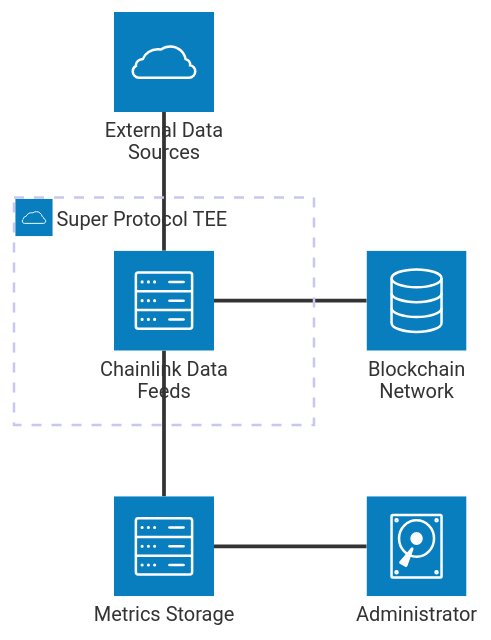
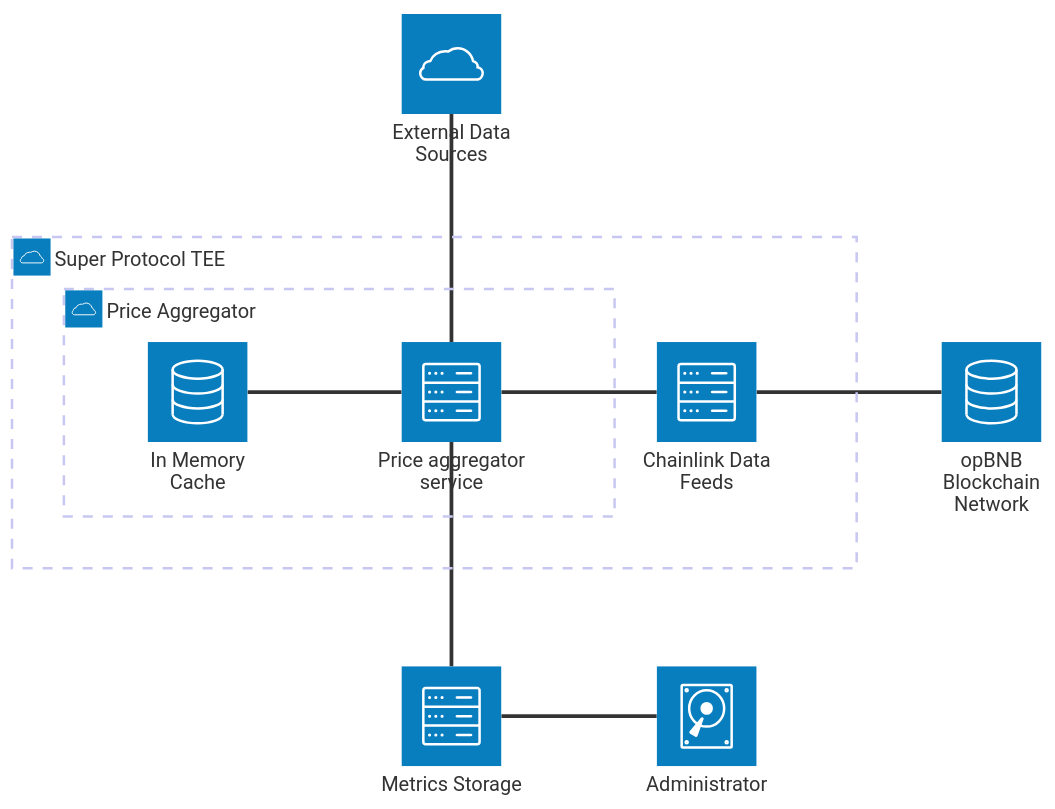
One commit to Super-Protocol/chainlink changed the diagram in docs/charts/01-system-context.mmd. Above: the diagram before and after it, drawn with Mermaid. The commit also changed 11 other files, not shown here.

```diff
--- a/docs/charts/01-system-context.mmd
+++ b/docs/charts/01-system-context.mmd
@@ -1,13 +1,19 @@
 architecture-beta
-    group tee(cloud)[Super Protocol TEE]
+  group tee(cloud)[Super Protocol TEE]
 
-    service chainlink(server)[Chainlink Data Feeds] in tee
-    service blockchain(database)[Blockchain Network]
-    service datasources(cloud)[External Data Sources]
-    service prometheus(server)[Metrics Storage]
-    service admin(disk)[Administrator]
+  service chainlink(server)[Chainlink Data Feeds] in tee
+  group pa(cloud)[Price Aggregator] in tee
+  service pa_cache(database)[In Memory Cache] in pa
+  service pa_svc(server)[Price aggregator service] in pa
+  service blockchain(database)[opBNB Blockchain Network]
+  service datasources(cloud)[External Data Sources]
+  service prometheus(server)[Metrics Storage]
+  service admin(disk)[Administrator]
 
-    chainlink:R -- L:blockchain
-    chainlink:T -- B:datasources
-    chainlink:B -- T:prometheus
-    admin:L -- R:prometheus
+  pa_cache:R -- L:pa_svc
+
+  pa_svc:R -- L:chainlink
+  chainlink:R -- L:blockchain
+  pa_svc:T -- B:datasources
+  pa_svc:B -- T:prometheus
+  admin:L -- R:prometheus
```
